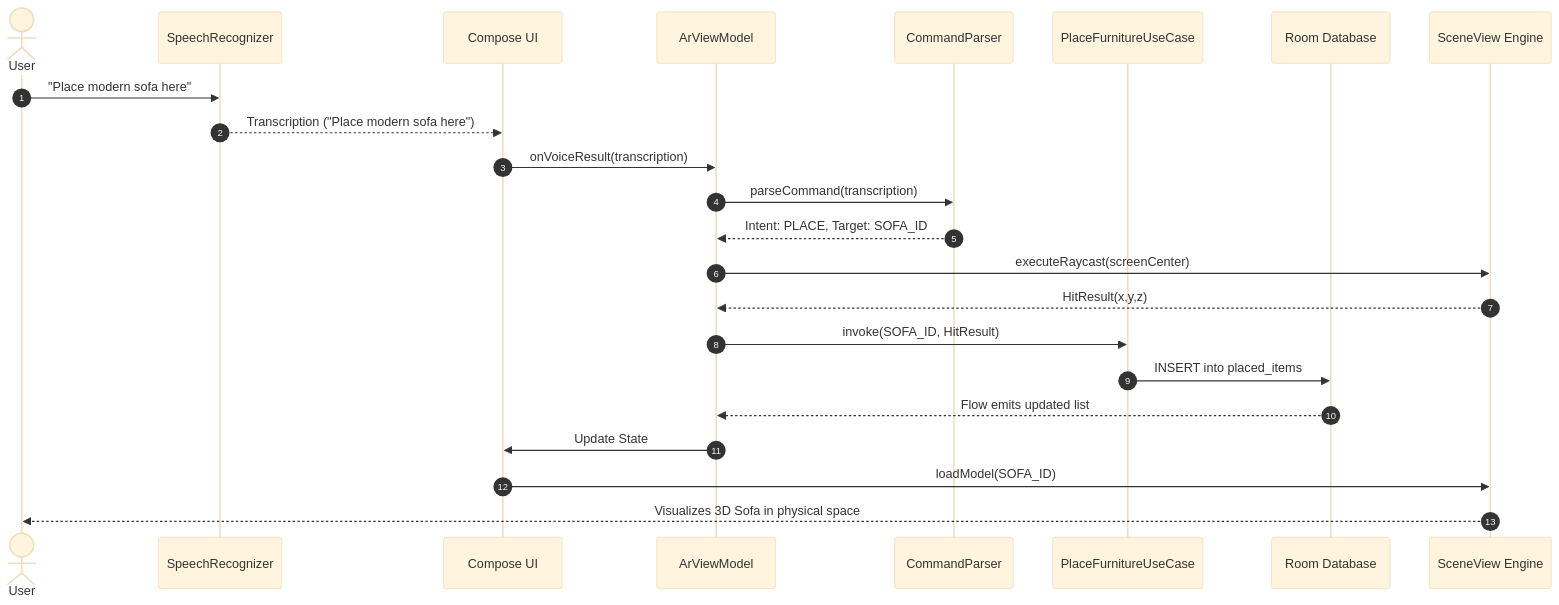
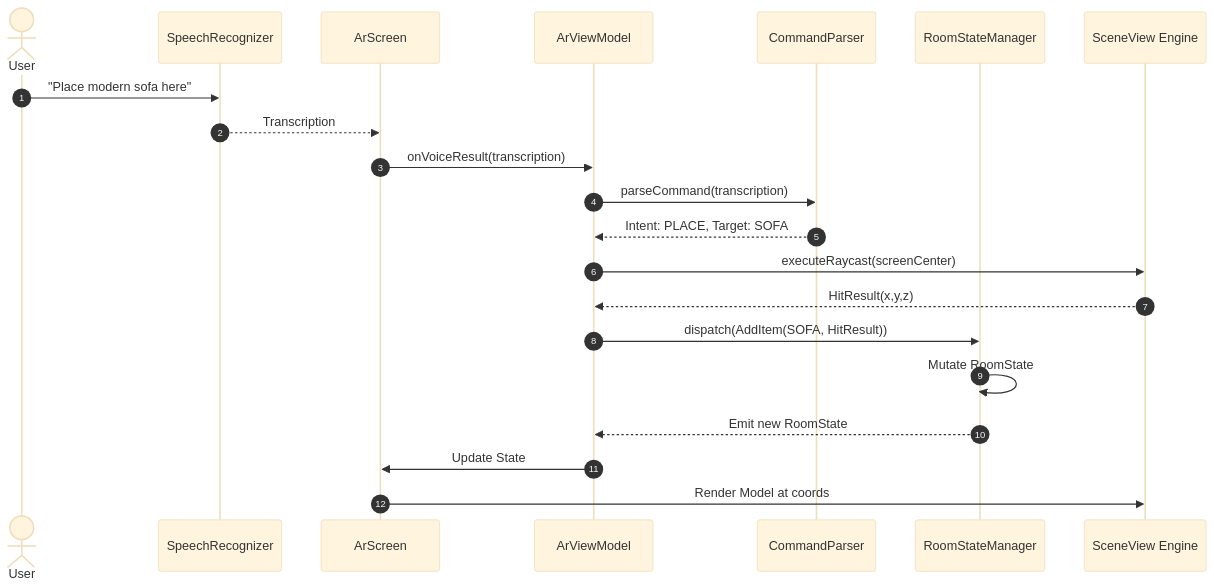
One commit to Vinoth-ai-20/lumiroom changed the first of 8 diagrams in docs/SequenceDiagrams.md. Above: the diagram before and after it, drawn with Mermaid (base theme). The commit also changed other lines of this file and 63 other files, not shown here.

First line of the commit message:
fix(room-planner): improve hit-testing, drag behavior, and visual selection

````diff
--- a/docs/SequenceDiagrams.md
+++ b/docs/SequenceDiagrams.md
@@ -15,28 +12,26 @@
 ```mermaid
 sequenceDiagram
     autonumber
     actor User
     participant Mic as SpeechRecognizer
-    participant UI as Compose UI
+    participant UI as ArScreen
     participant VM as ArViewModel
     participant Parser as CommandParser
-    participant UseCase as PlaceFurnitureUseCase
-    participant DB as Room Database
+    participant SM as RoomStateManager
     participant AR as SceneView Engine
 
     User->>Mic: "Place modern sofa here"
-    Mic-->>UI: Transcription ("Place modern sofa here")
+    Mic-->>UI: Transcription
     UI->>VM: onVoiceResult(transcription)
     VM->>Parser: parseCommand(transcription)
-    Parser-->>VM: Intent: PLACE, Target: SOFA_ID
+    Parser-->>VM: Intent: PLACE, Target: SOFA
     
     VM->>AR: executeRaycast(screenCenter)
     AR-->>VM: HitResult(x,y,z)
     
-    VM->>UseCase: invoke(SOFA_ID, HitResult)
-    UseCase->>DB: INSERT into placed_items
-    DB-->>VM: Flow emits updated list
+    VM->>SM: dispatch(AddItem(SOFA, HitResult))
+    SM->>SM: Mutate RoomState
+    SM-->>VM: Emit new RoomState
     VM->>UI: Update State
-    UI->>AR: loadModel(SOFA_ID)
-    AR-->>User: Visualizes 3D Sofa in physical space
+    UI->>AR: Render Model at coords
 ```
````
